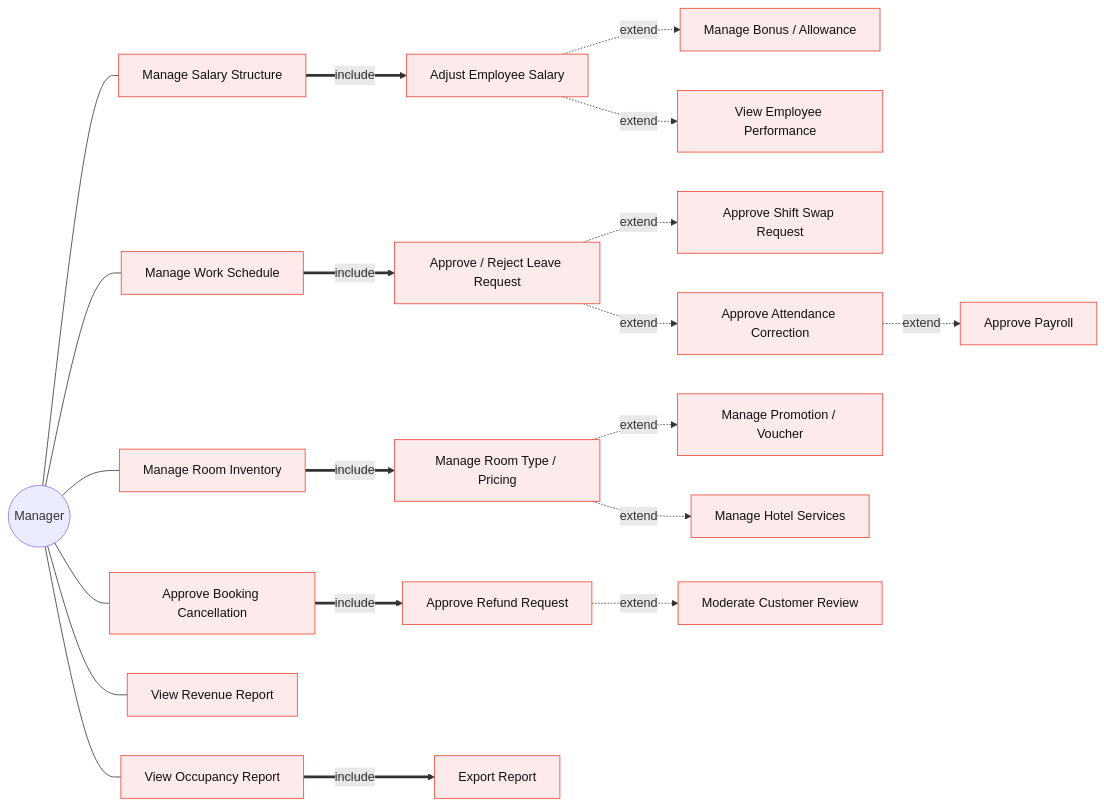
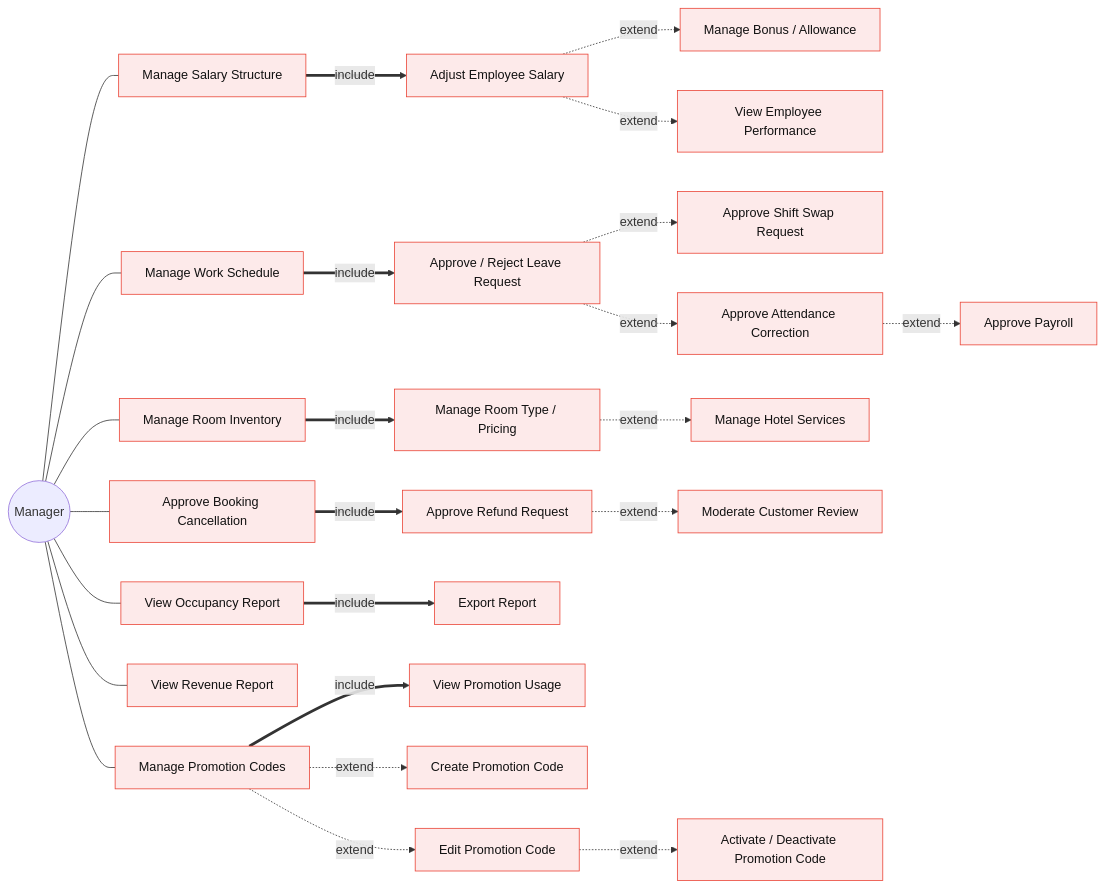
The sixth of 19 diagrams in System Design and Overall Architecture/System Design and Overall Architecture.md (toikobi401/SWD392), drawn with Mermaid before and after one commit. The commit also changed other lines of this file and 41 other files, not shown here.

````diff
--- a/System Design and Overall Architecture/System Design and Overall Architecture.md
+++ b/System Design and Overall Architecture/System Design and Overall Architecture.md
@@ -328,25 +328,29 @@
 ```mermaid
 graph LR
     M((Manager))
     M --- M01[Manage Salary Structure]
     M --- M05[Manage Work Schedule]
     M --- M09[Manage Room Inventory]
+    M --- M11[Manage Promotion Codes]
     M --- M13[Approve Booking Cancellation]
     M --- M16[View Revenue Report]
     M --- M17[View Occupancy Report]
     M01 ==>|include| M02[Adjust Employee Salary]
     M02 -.->|extend| M03[Manage Bonus / Allowance]
     M02 -.->|extend| M04[View Employee Performance]
     M05 ==>|include| M06[Approve / Reject Leave Request]
     M06 -.->|extend| M07[Approve Shift Swap Request]
     M06 -.->|extend| M08[Approve Attendance Correction]
     M08 -.->|extend| M08b[Approve Payroll]
     M09 ==>|include| M10[Manage Room Type / Pricing]
-    M10 -.->|extend| M11[Manage Promotion / Voucher]
     M10 -.->|extend| M12[Manage Hotel Services]
     M13 ==>|include| M14[Approve Refund Request]
     M14 -.->|extend| M15[Moderate Customer Review]
     M17 ==>|include| M18[Export Report]
+    M11 ==>|include| M19[View Promotion Usage]
+    M11 -.->|extend| M20[Create Promotion Code]
+    M11 -.->|extend| M21[Edit Promotion Code]
+    M21 -.->|extend| M22[Activate / Deactivate Promotion Code]
     classDef uc fill:#fdeaea,stroke:#ea4335,color:#111
-    class M01,M02,M03,M04,M05,M06,M07,M08,M08b,M09,M10,M11,M12,M13,M14,M15,M16,M17,M18 uc
+    class M01,M02,M03,M04,M05,M06,M07,M08,M08b,M09,M10,M11,M12,M13,M14,M15,M16,M17,M18,M19,M20,M21,M22 uc
 ```
````
